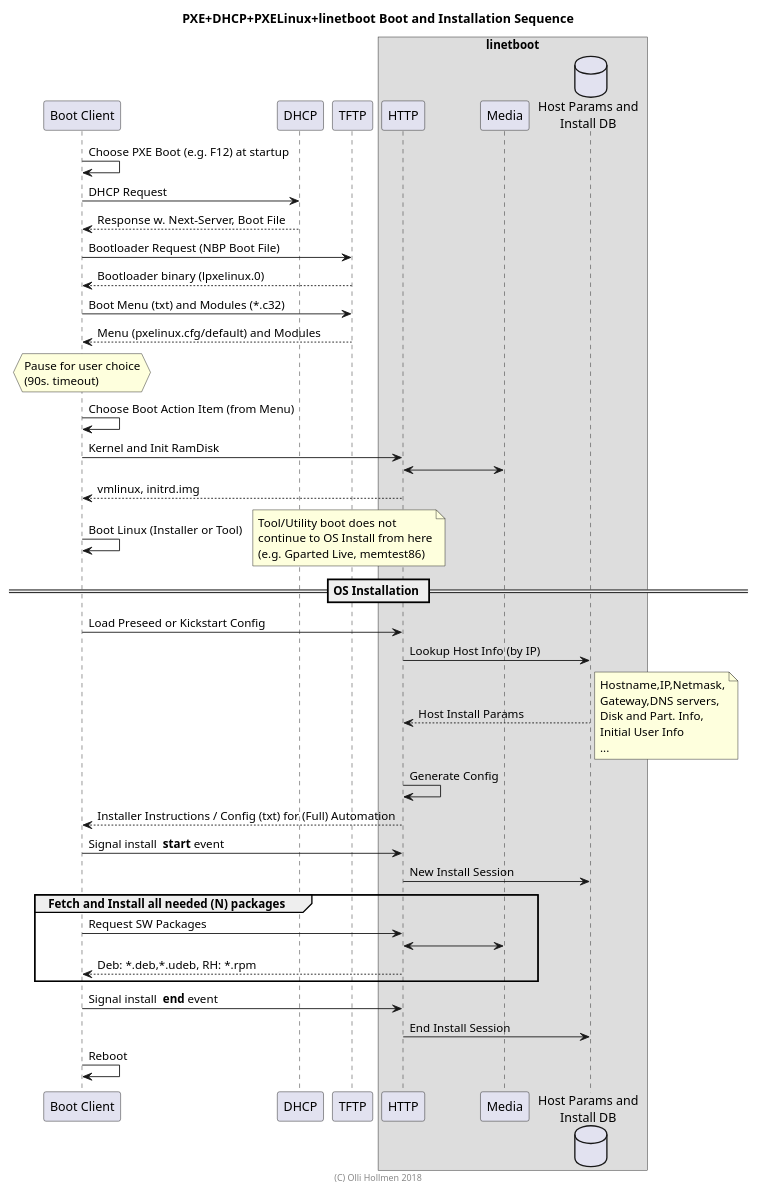
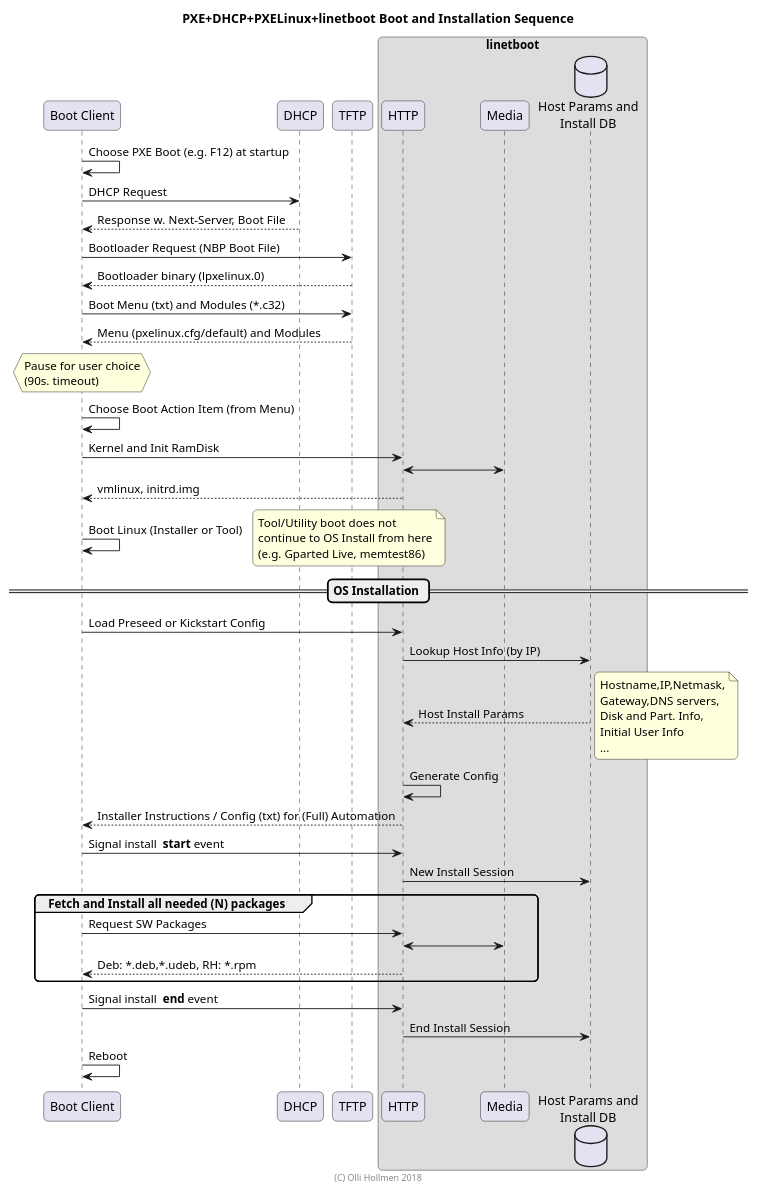
One commit to ohollmen/linetboot changed the diagram in doc/netbootseq.plantuml. Above: the diagram before and after it, drawn with PlantUML. The commit also changed 11 other files, not shown here.

```diff
--- a/doc/netbootseq.plantuml
+++ b/doc/netbootseq.plantuml
@@ -1,75 +1,75 @@
 @startuml
-
+skinparam roundcorner 10
 title PXE+DHCP+PXELinux+linetboot Boot and Installation Sequence
 
 ' order 10 - only supported in later plantuml. Unnecessary if you keep below in order.
 participant "Boot Client" as Client
 'database DHCP
 participant DHCP
 participant TFTP
 
 box "linetboot"
 ' When used w/o Box (above)
 'participant "**linetboot** / HTTP" as HTTP
 participant HTTP
 participant Media
 'participant "Host Params and Install DB" as HP
 database "Host Params and\nInstall DB" as HP
 end box
 
 ' "database" declared here instead of above messes up the order
 
 Client -> Client: Choose PXE Boot (e.g. F12) at startup
 Client -> DHCP: DHCP Request
 DHCP --> Client: Response w. Next-Server, Boot File
 
 Client -> TFTP: Bootloader Request (NBP Boot File)
 Client <-- TFTP: Bootloader binary (lpxelinux.0)
 
 Client -> TFTP: Boot Menu (txt) and Modules (*.c32)
 Client <-- TFTP: Menu (pxelinux.cfg/default) and Modules
 
 hnote over Client : Pause for user choice\n(90s. timeout)
 
 '...90 s. timeout ...
 
 Client->Client: Choose Boot Action Item (from Menu)
 
 Client -> HTTP: Kernel and Init RamDisk
 HTTP <-> Media
 Client <-- HTTP: vmlinux, initrd.img
 
 Client -> Client: Boot Linux (Installer or Tool)
 
 note right: Tool/Utility boot does not\ncontinue to OS Install from here\n(e.g. Gparted Live, memtest86)
 
 == OS Installation ==
 
 Client -> HTTP: Load Preseed or Kickstart Config
 
 HTTP -> HP: Lookup Host Info (by IP)
 HTTP <-- HP: Host Install Params
 note right: Hostname,IP,Netmask,\nGateway,DNS servers,\nDisk and Part. Info,\nInitial User Info\n...
 
 HTTP -> HTTP: Generate Config
 
 Client <-- HTTP: Installer Instructions / Config (txt) for (Full) Automation
 
 Client -> HTTP: Signal install  **start** event
 HTTP -> HP: New Install Session
 '== Fetch and Install all needed (N) packages ==
 
 group Fetch and Install all needed (N) packages
 Client -> HTTP: Request SW Packages
 HTTP <-> Media
 Client <-- HTTP: Deb: *.deb,*.udeb, RH: *.rpm
 end
 'Client -> Client: Install
 
 Client -> HTTP: Signal install  **end** event
 HTTP -> HP: End Install Session
 Client -> Client: Reboot
 
 footer (C) Olli Hollmen 2018
 
 @enduml
```
